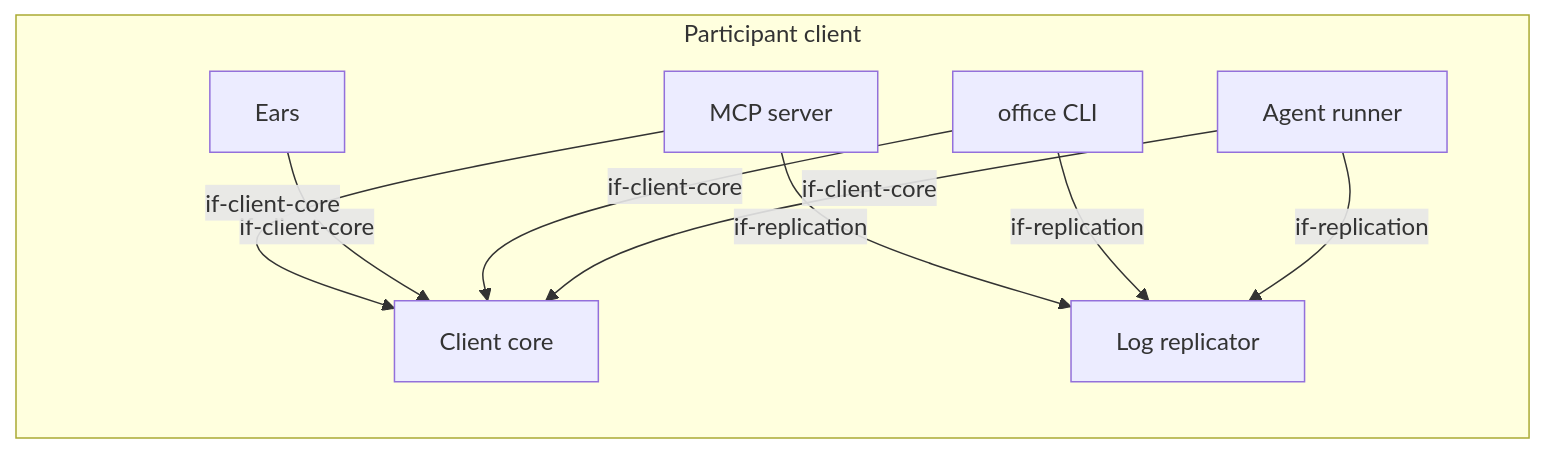
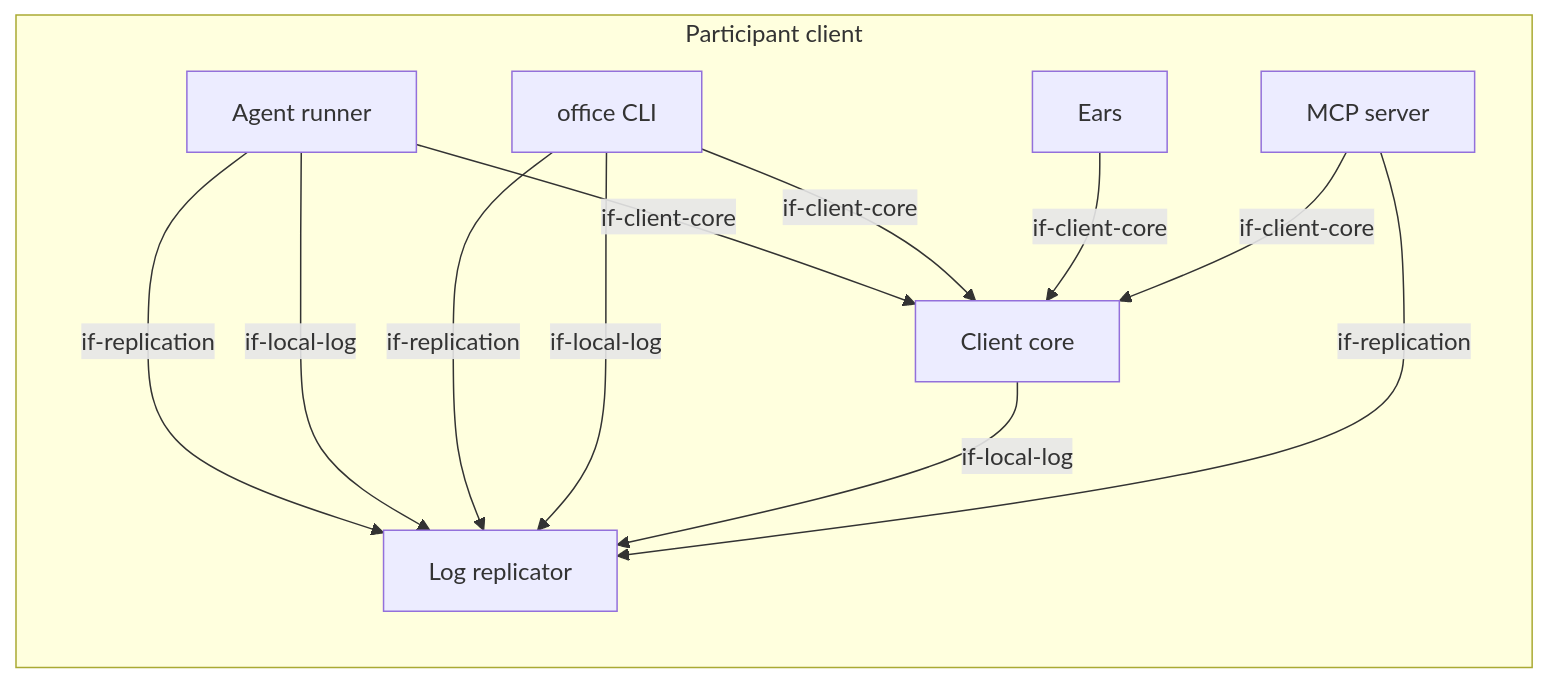
One commit to mrsimpson/agentic-office changed the third of 3 diagrams in docs/architecture/05-building-blocks.arc42.md. Above: the diagram before and after it, drawn with Mermaid. The commit also changed other lines of this file and 131 other files, not shown here.

````diff
--- a/docs/architecture/05-building-blocks.arc42.md
+++ b/docs/architecture/05-building-blocks.arc42.md
@@ -542,18 +544,21 @@
 ```mermaid
 flowchart LR
     subgraph bb_participant_client [Participant client]
         bb_agent_runner[Agent runner]
         bb_cli[office CLI]
         bb_client_core[Client core]
         bb_ears[Ears]
         bb_mcp[MCP server]
         bb_replicator[Log replicator]
     end
     bb_agent_runner -->|if-client-core| bb_client_core
     bb_agent_runner -->|if-replication| bb_replicator
+    bb_agent_runner -->|if-local-log| bb_replicator
     bb_cli -->|if-client-core| bb_client_core
     bb_cli -->|if-replication| bb_replicator
+    bb_cli -->|if-local-log| bb_replicator
+    bb_client_core -->|if-local-log| bb_replicator
     bb_ears -->|if-client-core| bb_client_core
     bb_mcp -->|if-client-core| bb_client_core
     bb_mcp -->|if-replication| bb_replicator
 ```
````
